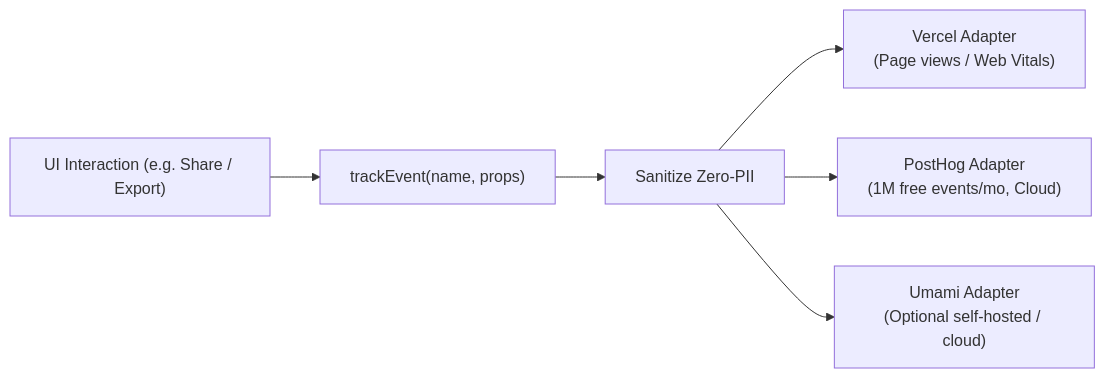
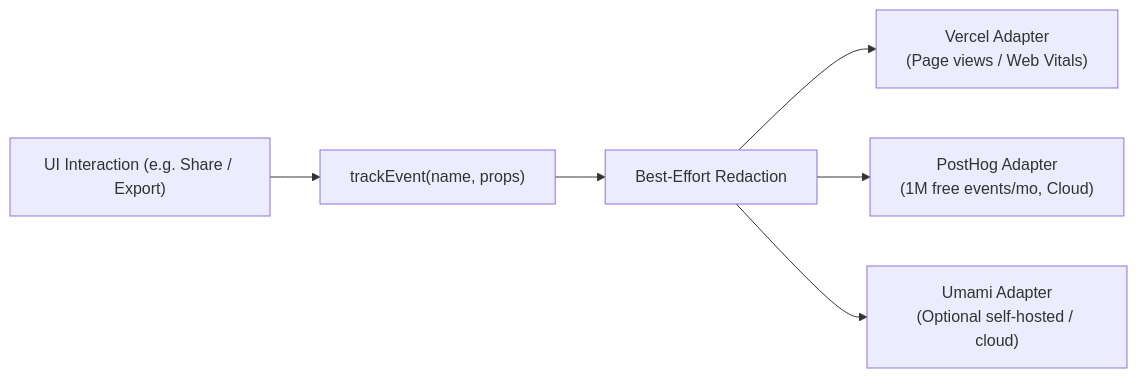
One commit to ShreyanshGupta205/connectly changed the second of 2 diagrams in docs/analytics_and_funnel.md. Above: the diagram before and after it, drawn with Mermaid. The commit also changed other lines of this file and 9 other files, not shown here.

Commit message:
feat(og,analytics): update cache headers, best-effort privacy redaction, and move strategy docs

````diff
--- a/docs/analytics_and_funnel.md
+++ b/docs/analytics_and_funnel.md
@@ -88,8 +88,8 @@
 ```mermaid
 graph LR
     App["UI Interaction (e.g. Share / Export)"] --> Track["trackEvent(name, props)"]
-    Track --> Clean["Sanitize Zero-PII"]
+    Track --> Clean["Best-Effort Redaction"]
     Clean --> Vercel["Vercel Adapter<br/>(Page views / Web Vitals)"]
     Clean --> PostHog["PostHog Adapter<br/>(1M free events/mo, Cloud)"]
     Clean --> Umami["Umami Adapter<br/>(Optional self-hosted / cloud)"]
 ```
````
